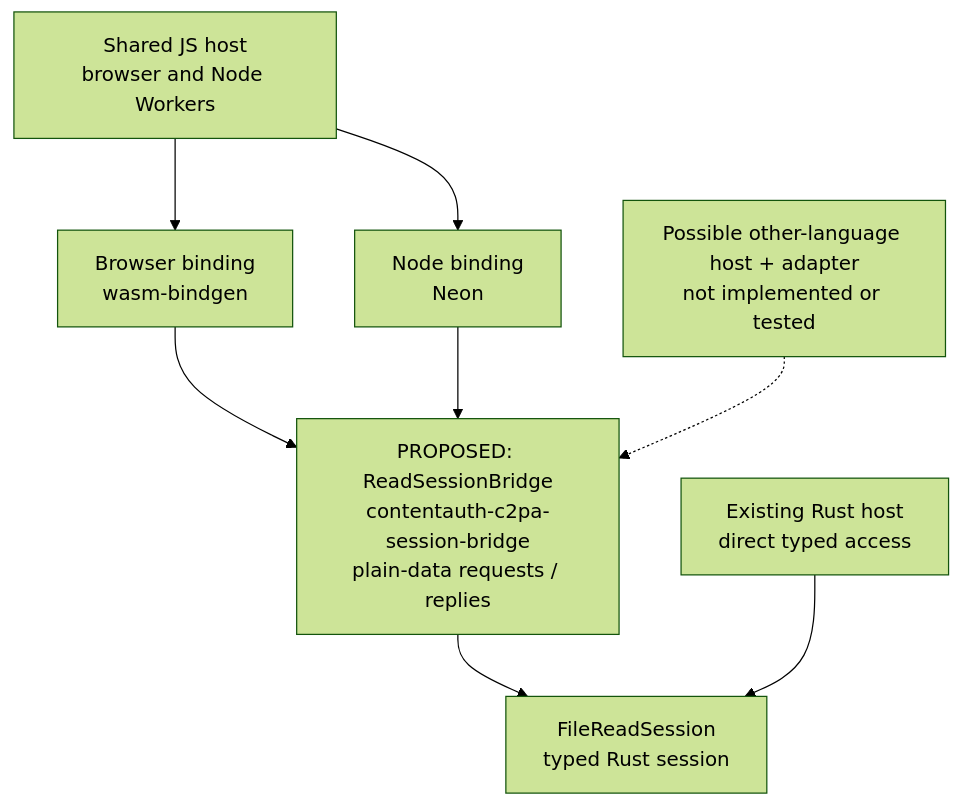
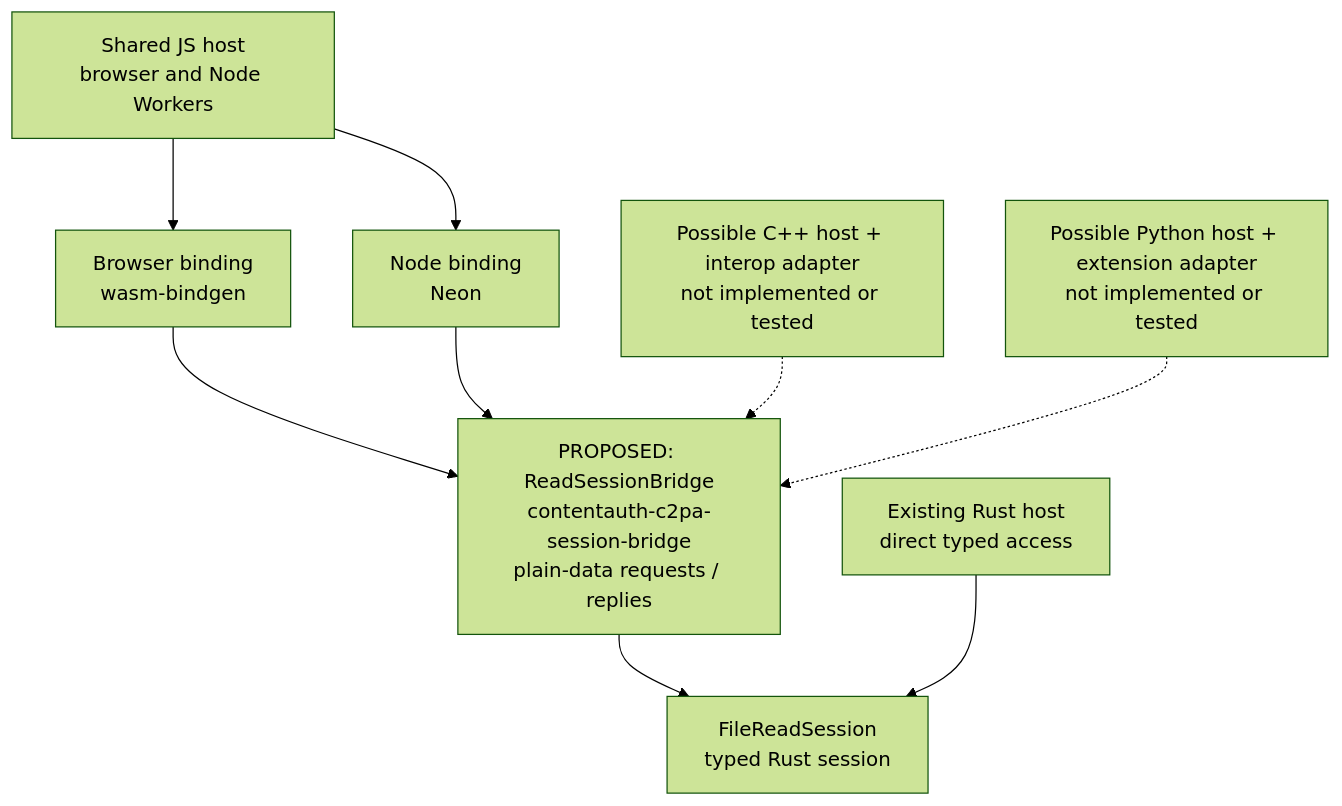
One commit to scouten/state-machine-experiment changed the second of 3 diagrams in worker-poc/README.md. Above: the diagram before and after it, drawn with Mermaid (forest theme). The commit also changed other lines of this file and 21 other files, not shown here.

````diff
--- a/worker-poc/README.md
+++ b/worker-poc/README.md
@@ -141,16 +149,18 @@
 ```mermaid
 flowchart TB
     JS["Shared JS host<br/>browser and Node Workers"]
     Wasm["Browser binding<br/>wasm-bindgen"]
     Neon["Node binding<br/>Neon"]
-    Other["Possible other-language host + adapter<br/>not implemented or tested"]
+    CPP["Possible C++ host + interop adapter<br/>not implemented or tested"]
+    Python["Possible Python host + extension adapter<br/>not implemented or tested"]
     Bridge["PROPOSED: ReadSessionBridge<br/>contentauth-c2pa-session-bridge<br/>plain-data requests / replies"]
     File["FileReadSession<br/>typed Rust session"]
     Rust["Existing Rust host<br/>direct typed access"]
     JS --> Wasm & Neon
     Wasm --> Bridge
     Neon --> Bridge
-    Other -.-> Bridge
+    CPP -.-> Bridge
+    Python -.-> Bridge
     Bridge --> File
     Rust --> File
 ```
````
